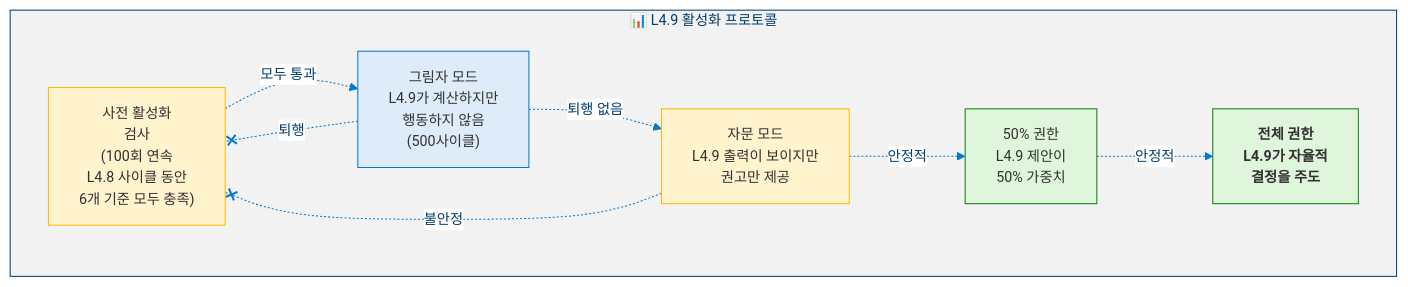
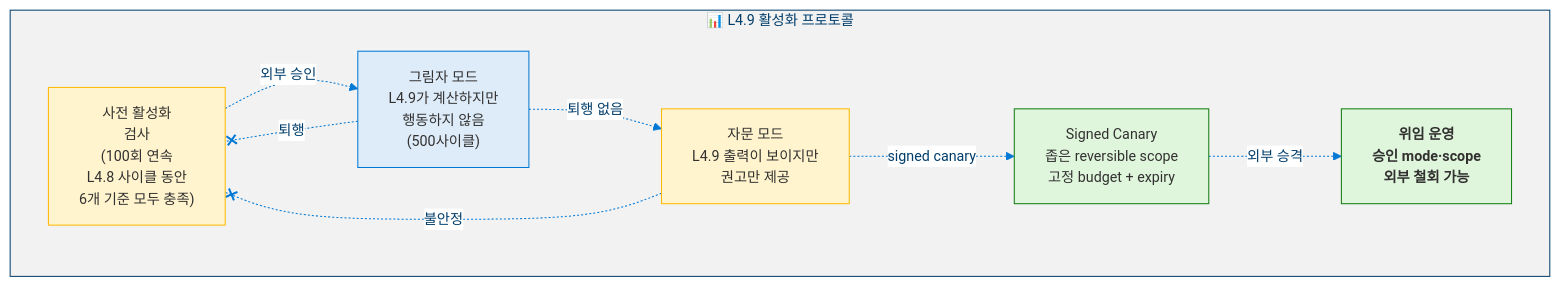
Diagram 18 of 19 in docs/levels/Level_4_9_Autonomous_Strategic_Agent.ko.md (dotnetpower/mscp), drawn with Mermaid before and after one commit. The commit also changed other lines of this file and 21 other files, not shown here.

````diff
--- a/docs/levels/Level_4_9_Autonomous_Strategic_Agent.ko.md
+++ b/docs/levels/Level_4_9_Autonomous_Strategic_Agent.ko.md
@@ -1340,25 +1400,25 @@
 ```mermaid
 %%{init: {'theme': 'base', 'themeVariables': {'primaryColor': '#0078D4', 'primaryTextColor': '#003D6B', 'primaryBorderColor': '#003D6B', 'secondaryColor': '#50E6FF', 'secondaryTextColor': '#323130', 'secondaryBorderColor': '#00BCF2', 'tertiaryColor': '#F2F2F2', 'tertiaryTextColor': '#323130', 'lineColor': '#0078D4', 'textColor': '#323130', 'mainBkg': '#DEECF9', 'nodeBorder': '#0078D4', 'clusterBkg': '#F2F2F2', 'clusterBorder': '#003D6B', 'titleColor': '#003D6B', 'edgeLabelBackground': '#FFFFFF', 'fontSize': '14px'}}}%%
 flowchart TD
   classDef check fill:#FFF4CE,stroke:#FFB900,color:#323130
   classDef shadow fill:#DEECF9,stroke:#0078D4,color:#323130
   classDef adv fill:#FFF4CE,stroke:#FFB900,color:#323130
   classDef grad fill:#DFF6DD,stroke:#107C10,color:#323130
   classDef full fill:#DFF6DD,stroke:#107C10,color:#323130,font-weight:bold
 
   subgraph Activation["📊 L4.9 활성화 프로토콜"]
     CHECK["사전 활성화<br/>검사<br/>(100회 연속<br/>L4.8 사이클 동안<br/>6개 기준 모두 충족)"]:::check
     SHADOW["그림자 모드<br/>L4.9가 계산하지만<br/>행동하지 않음<br/>(500사이클)"]:::shadow
     ADV["자문 모드<br/>L4.9 출력이 보이지만<br/>권고만 제공"]:::adv
-    GRAD["50% 권한<br/>L4.9 제안이<br/>50% 가중치"]:::grad
-    FULL["전체 권한<br/>L4.9가 자율적<br/>결정을 주도"]:::full
+    GRAD["Signed Canary<br/>좁은 reversible scope<br/>고정 budget + expiry"]:::grad
+    FULL["위임 운영<br/>승인 mode·scope<br/>외부 철회 가능"]:::full
 
-    CHECK -.->|"모두 통과"| SHADOW
+    CHECK -.->|"외부 승인"| SHADOW
     SHADOW -.->|"퇴행 없음"| ADV
-    ADV -.->|"안정적"| GRAD
-    GRAD -.->|"안정적"| FULL
+    ADV -.->|"signed canary"| GRAD
+    GRAD -.->|"외부 승격"| FULL
 
     SHADOW -.-x|"퇴행"| CHECK
     ADV -.-x|"불안정"| CHECK
   end
 ```
````
